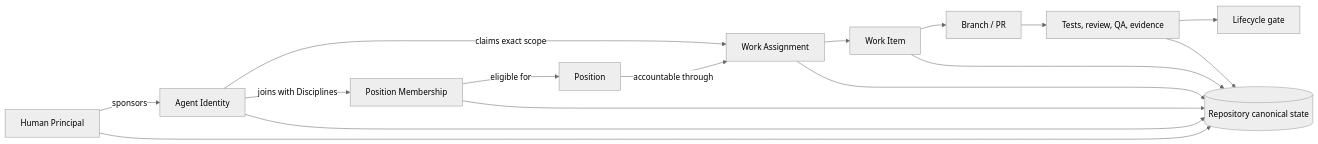
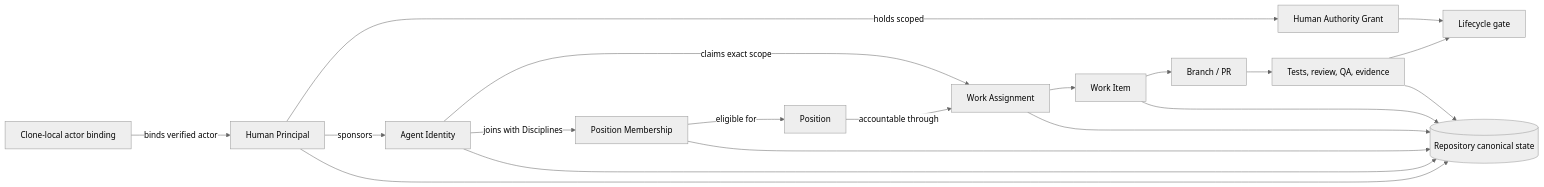
The first of 2 diagrams in docs/operations/collaboration.md (zsz1210/temple-ai-dev-org), drawn with Mermaid (neutral theme) before and after one commit. The commit also changed other lines of this file and 69 other files, not shown here.

````diff
--- a/docs/operations/collaboration.md
+++ b/docs/operations/collaboration.md
@@ -7,20 +7,23 @@
 ```mermaid
 flowchart LR
-    HP[Human Principal] -->|sponsors| AI[Agent Identity]
+    LOCAL[Clone-local actor binding] -->|binds verified actor| HP[Human Principal]
+    HP -->|sponsors| AI[Agent Identity]
     AI -->|joins with Disciplines| PM[Position Membership]
     PM -->|eligible for| POS[Position]
     POS -->|accountable through| WA[Work Assignment]
     AI -->|claims exact scope| WA
     WA --> WI[Work Item]
     WI --> PR[Branch / PR]
     PR --> EV[Tests, review, QA, evidence]
     EV --> GATE[Lifecycle gate]
+    HP -->|holds scoped| AUTH[Human Authority Grant]
+    AUTH --> GATE
 
     FILES[(Repository canonical state)]
     HP --> FILES
     AI --> FILES
     PM --> FILES
     WA --> FILES
     WI --> FILES
     EV --> FILES
 ```
````
